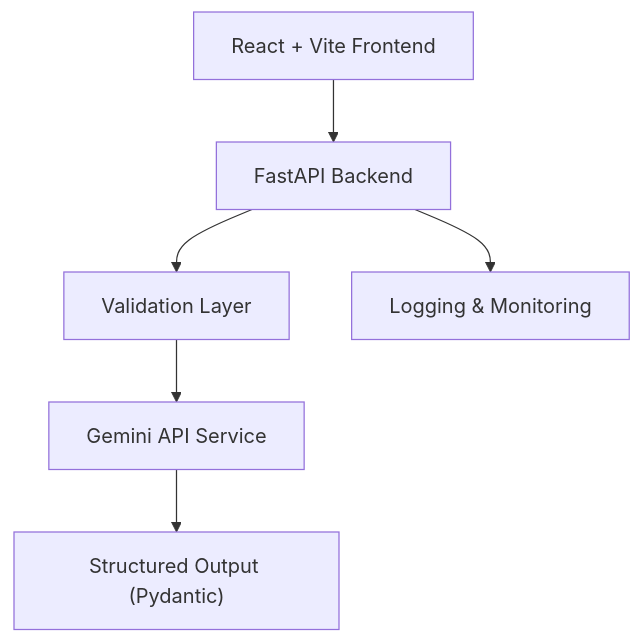
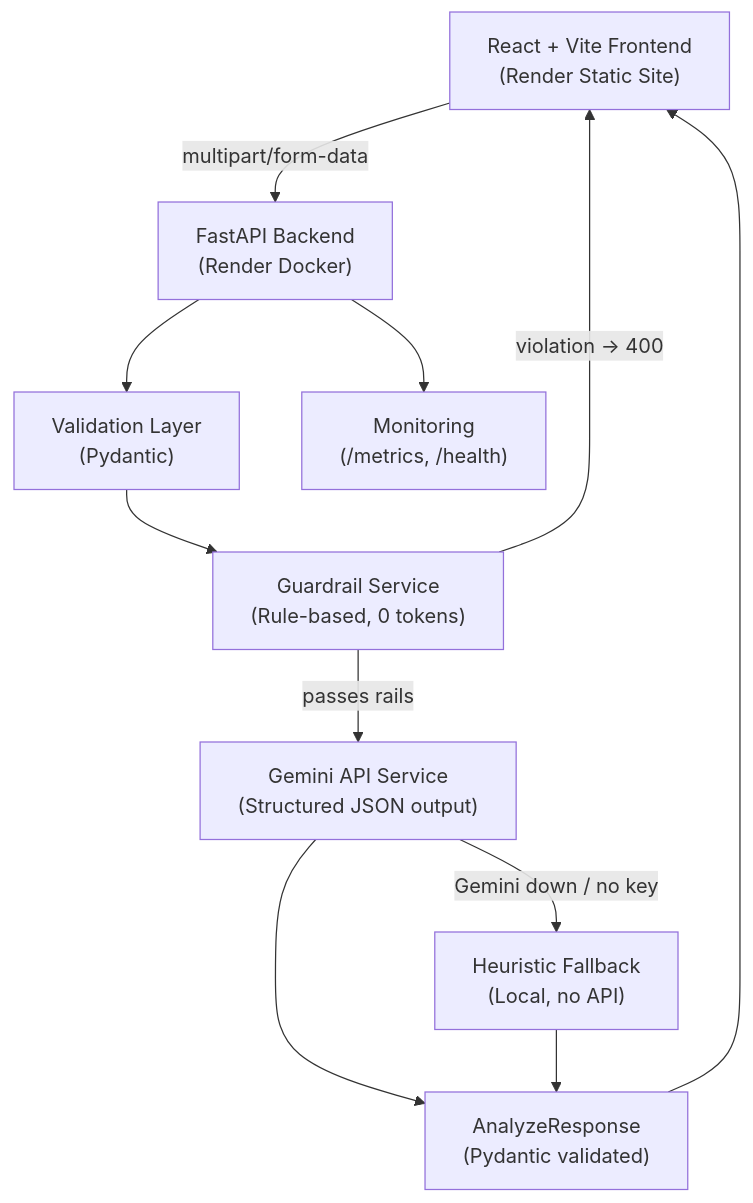
The diagram in docs/architecture.md (ppradyoth/llm-ops-workshop), drawn with Mermaid before and after one commit. The commit also changed other lines of this file and 8 other files, not shown here.

````diff
--- a/docs/architecture.md
+++ b/docs/architecture.md
@@ -9,8 +9,22 @@
 ```mermaid
 flowchart TD
-  FE["React + Vite Frontend"] --> API["FastAPI Backend"]
-  API --> VAL["Validation Layer"]
-  VAL --> AI["Gemini API Service"]
-  AI --> OUT["Structured Output (Pydantic)"]
-  API --> LOG["Logging & Monitoring"]
+  FE["React + Vite Frontend\n(Render Static Site)"]
+  API["FastAPI Backend\n(Render Docker)"]
+  VAL["Validation Layer\n(Pydantic)"]
+  GRD["Guardrail Service\n(Rule-based, 0 tokens)"]
+  GEM["Gemini API Service\n(Structured JSON output)"]
+  HEU["Heuristic Fallback\n(Local, no API)"]
+  OUT["AnalyzeResponse\n(Pydantic validated)"]
+  MON["Monitoring\n(/metrics, /health)"]
+
+  FE -->|"multipart/form-data"| API
+  API --> VAL
+  VAL --> GRD
+  GRD -->|"passes rails"| GEM
+  GRD -->|"violation → 400"| FE
+  GEM -->|"Gemini down / no key"| HEU
+  GEM --> OUT
+  HEU --> OUT
+  OUT --> FE
+  API --> MON
 ```
````
